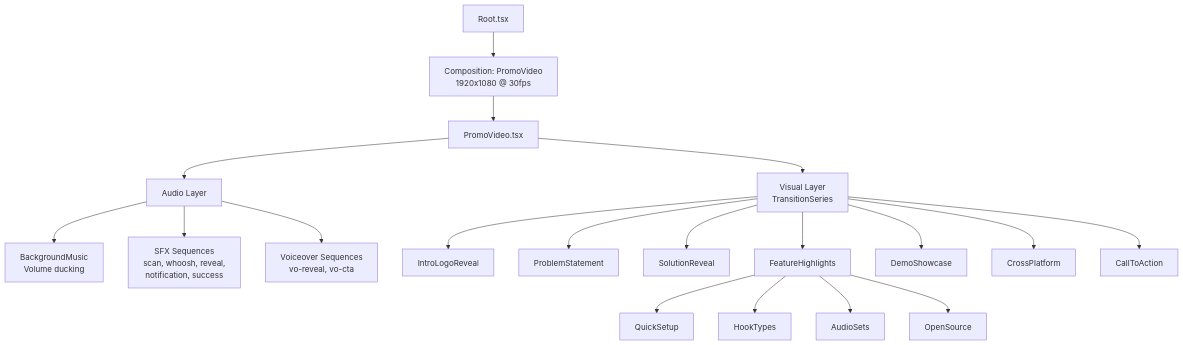
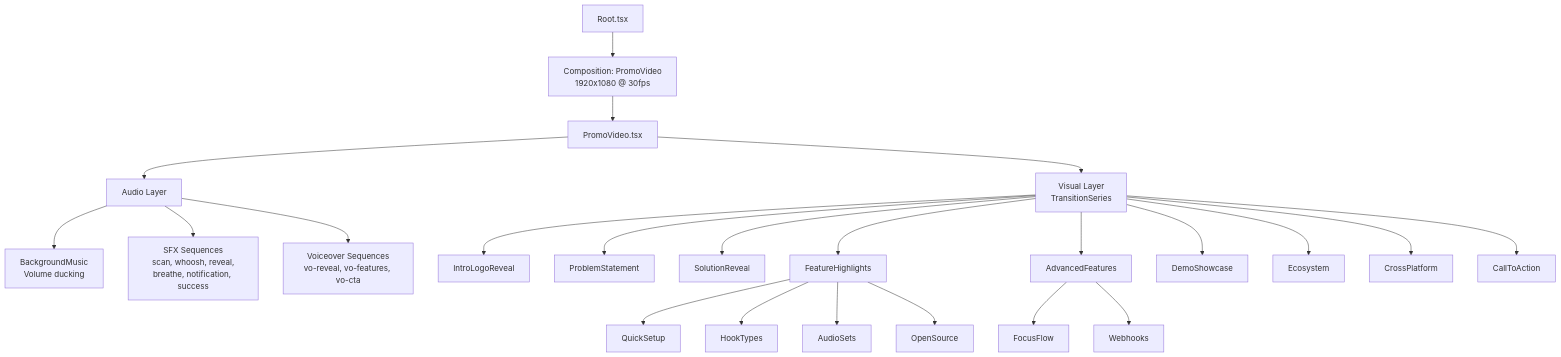
One commit to ChanMeng666/claude-code-audio-hooks-promo-video changed the third of 4 diagrams in README.md. Above: the diagram before and after it, drawn with Mermaid. The commit also changed other lines of this file, not shown here.

````diff
--- a/README.md
+++ b/README.md
@@ -158,25 +177,30 @@
 ```mermaid
 graph TD
     Root[Root.tsx] --> Comp[Composition: PromoVideo<br/>1920x1080 @ 30fps]
     Comp --> PV[PromoVideo.tsx]
 
     PV --> AL[Audio Layer]
     PV --> VL[Visual Layer<br/>TransitionSeries]
 
     AL --> BGM[BackgroundMusic<br/>Volume ducking]
-    AL --> SFX[SFX Sequences<br/>scan, whoosh, reveal,<br/>notification, success]
-    AL --> VO[Voiceover Sequences<br/>vo-reveal, vo-cta]
+    AL --> SFX[SFX Sequences<br/>scan, whoosh, reveal,<br/>breathe, notification, success]
+    AL --> VO[Voiceover Sequences<br/>vo-reveal, vo-features, vo-cta]
 
     VL --> S1[IntroLogoReveal]
     VL --> S2[ProblemStatement]
     VL --> S3[SolutionReveal]
     VL --> S4[FeatureHighlights]
-    VL --> S5[DemoShowcase]
-    VL --> S6[CrossPlatform]
-    VL --> S7[CallToAction]
+    VL --> S5[AdvancedFeatures]
+    VL --> S6[DemoShowcase]
+    VL --> S7[Ecosystem]
+    VL --> S8[CrossPlatform]
+    VL --> S9[CallToAction]
 
     S4 --> F1[QuickSetup]
     S4 --> F2[HookTypes]
     S4 --> F3[AudioSets]
     S4 --> F4[OpenSource]
+
+    S5 --> AF1[FocusFlow]
+    S5 --> AF2[Webhooks]
 ```
````
